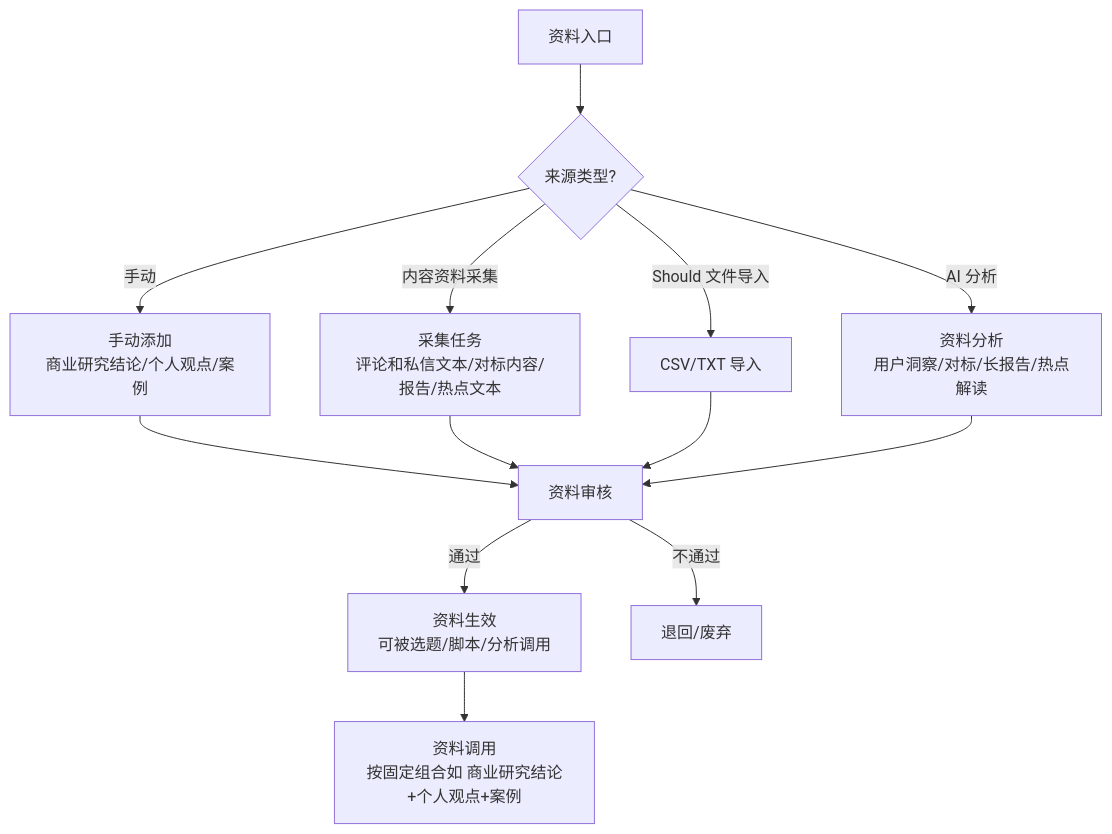
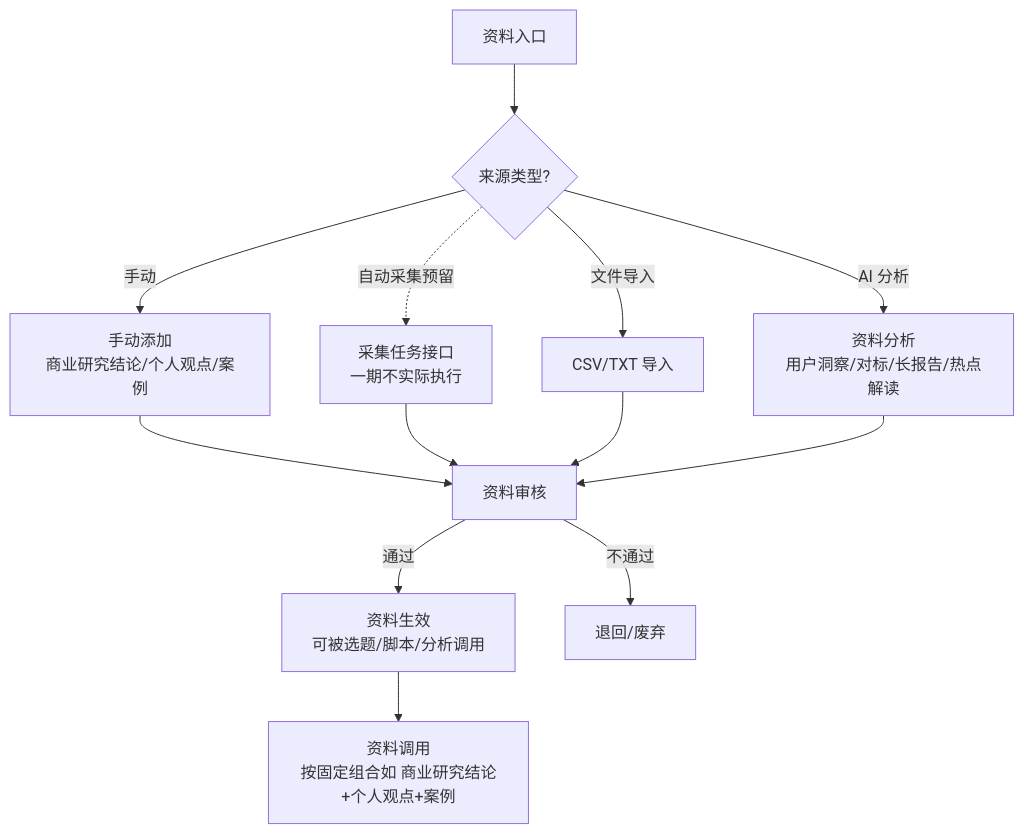
Before and after one commit to lophyJessica/forge-scrm: the second of 5 diagrams in context/02-核心业务流程.md, drawn with Mermaid. The commit also changed other lines of this file and 17 other files, not shown here.

````diff
--- a/context/02-核心业务流程.md
+++ b/context/02-核心业务流程.md
@@ -27,15 +27,15 @@
 ```mermaid
 flowchart TD
     A[资料入口] --> B{来源类型?}
     B -->|手动| C[手动添加<br/>商业研究结论/个人观点/案例]
-    B -->|内容资料采集| D[采集任务<br/>评论和私信文本/对标内容/报告/热点文本]
-    B -->|Should 文件导入| E[CSV/TXT 导入]
+    B -.->|自动采集预留| D[采集任务接口<br/>一期不实际执行]
+    B -->|文件导入| E[CSV/TXT 导入]
     B -->|AI 分析| F[资料分析<br/>用户洞察/对标/长报告/热点解读]
     C --> G[资料审核]
     D --> G
     E --> G
     F --> G
     G -->|通过| H[资料生效<br/>可被选题/脚本/分析调用]
     G -->|不通过| I[退回/废弃]
     H --> J[资料调用<br/>按固定组合如 商业研究结论+个人观点+案例]
 ```
````
